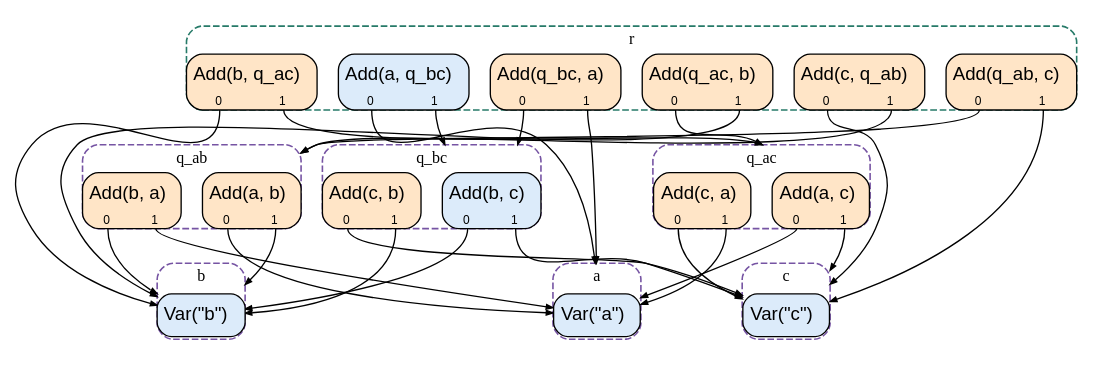
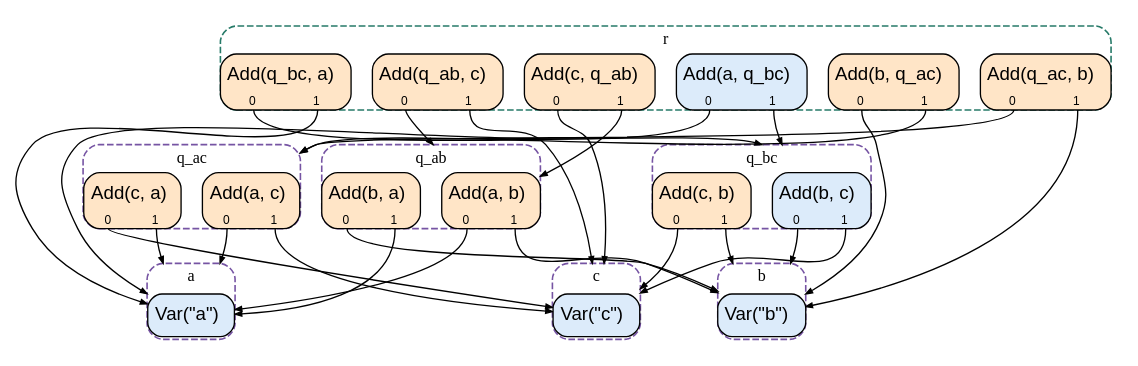
The diagram in docs/papers/figures/native/saturated.dot (MilkBlock/fractal_egraph), drawn with Graphviz before and after one commit. The commit also changed other lines of this file and 38 other files, not shown here.

Commit message:
docs(paper): add native recursive array graphs

```diff
--- a/docs/papers/figures/native/saturated.dot
+++ b/docs/papers/figures/native/saturated.dot
@@ -1,117 +1,117 @@
 digraph  {
   compound=true
   rank=same
   fontname="Times-Roman"
   fontsize=12
   margin=0.10
   nodesep=0.22
   ranksep=0.65
   bgcolor="white"
   edge[arrowsize=0.5]
   node[shape=none,margin=0,fontname=helvetica]
   outputorder=edgesfirst
   graph[style="dashed,rounded",fontname="Times-Roman"]
+  "function-2-Add":0:s -> "function-0-Var" [lhead="cluster_Math-0"]
+  "function-2-Add":1:s -> "function-1-Var" [lhead="cluster_Math-1"]
+  "function-6-Add":0:s -> "function-1-Var" [lhead="cluster_Math-1"]
+  "function-6-Add":1:s -> "function-0-Var" [lhead="cluster_Math-0"]
+  subgraph "outer_cluster_Math-5" {
+    subgraph "cluster_Math-5" {
+      label="q_ab"; color="#7654A3"; fillcolor="white"; penwidth=1.2;
+      subgraph  {
+        "function-2-Add"[label=<<TABLE BGCOLOR="#FFE5C7" CELLBORDER="0" CELLSPACING="0" CELLPADDING="0" style="rounded"><tr><td BALIGN="left" CELLPADDING="4" WIDTH="30" HEIGHT="30" colspan="2">Add(a, b)</td></tr><TR><TD PORT="0"><FONT POINT-SIZE="9">0</FONT></TD><TD PORT="1"><FONT POINT-SIZE="9">1</FONT></TD></TR></TABLE>>,tooltip="Math-5: function-2-Add"]
+        "function-6-Add"[label=<<TABLE BGCOLOR="#FFE5C7" CELLBORDER="0" CELLSPACING="0" CELLPADDING="0" style="rounded"><tr><td BALIGN="left" CELLPADDING="4" WIDTH="30" HEIGHT="30" colspan="2">Add(b, a)</td></tr><TR><TD PORT="0"><FONT POINT-SIZE="9">0</FONT></TD><TD PORT="1"><FONT POINT-SIZE="9">1</FONT></TD></TR></TABLE>>,tooltip="Math-5: function-6-Add"]
+      }
+    }
+    style="invis"
+    cluster=true
+  }
   "function-0-Add":0:s -> "function-1-Var" [lhead="cluster_Math-1"]
   "function-0-Add":1:s -> "function-2-Var" [lhead="cluster_Math-2"]
   "function-4-Add":0:s -> "function-2-Var" [lhead="cluster_Math-2"]
   "function-4-Add":1:s -> "function-1-Var" [lhead="cluster_Math-1"]
   subgraph "outer_cluster_Math-3" {
     subgraph "cluster_Math-3" {
       label="q_bc"; color="#7654A3"; fillcolor="white"; penwidth=1.2;
       subgraph  {
         "function-0-Add"[label=<<TABLE BGCOLOR="#DCEBFA" CELLBORDER="0" CELLSPACING="0" CELLPADDING="0" style="rounded"><tr><td BALIGN="left" CELLPADDING="4" WIDTH="30" HEIGHT="30" colspan="2">Add(b, c)</td></tr><TR><TD PORT="0"><FONT POINT-SIZE="9">0</FONT></TD><TD PORT="1"><FONT POINT-SIZE="9">1</FONT></TD></TR></TABLE>>,tooltip="Math-3: function-0-Add"]
         "function-4-Add"[label=<<TABLE BGCOLOR="#FFE5C7" CELLBORDER="0" CELLSPACING="0" CELLPADDING="0" style="rounded"><tr><td BALIGN="left" CELLPADDING="4" WIDTH="30" HEIGHT="30" colspan="2">Add(c, b)</td></tr><TR><TD PORT="0"><FONT POINT-SIZE="9">0</FONT></TD><TD PORT="1"><FONT POINT-SIZE="9">1</FONT></TD></TR></TABLE>>,tooltip="Math-3: function-4-Add"]
+      }
+    }
+    style="invis"
+    cluster=true
+  }
+  subgraph "outer_cluster_Math-0" {
+    subgraph "cluster_Math-0" {
+      label="a"; color="#7654A3"; fillcolor="white"; penwidth=1.2;
+      subgraph  {
+        "function-0-Var"[label=<<TABLE BGCOLOR="#DCEBFA" CELLBORDER="0" CELLSPACING="0" CELLPADDING="0" style="rounded"><tr><td BALIGN="left" CELLPADDING="4" WIDTH="30" HEIGHT="30" colspan="1">Var(&quot;a&quot;)</td></tr></TABLE>>,tooltip="Math-0: function-0-Var"]
+      }
+    }
+    style="invis"
+    cluster=true
+  }
+  subgraph "outer_cluster_Math-2" {
+    subgraph "cluster_Math-2" {
+      label="c"; color="#7654A3"; fillcolor="white"; penwidth=1.2;
+      subgraph  {
+        "function-2-Var"[label=<<TABLE BGCOLOR="#DCEBFA" CELLBORDER="0" CELLSPACING="0" CELLPADDING="0" style="rounded"><tr><td BALIGN="left" CELLPADDING="4" WIDTH="30" HEIGHT="30" colspan="1">Var(&quot;c&quot;)</td></tr></TABLE>>,tooltip="Math-2: function-2-Var"]
+      }
+    }
+    style="invis"
+    cluster=true
+  }
+  "function-8-Add":0:s -> "function-0-Var" [lhead="cluster_Math-0"]
+  "function-8-Add":1:s -> "function-2-Var" [lhead="cluster_Math-2"]
+  "function-10-Add":0:s -> "function-2-Var" [lhead="cluster_Math-2"]
+  "function-10-Add":1:s -> "function-0-Var" [lhead="cluster_Math-0"]
+  subgraph "outer_cluster_Math-6" {
+    subgraph "cluster_Math-6" {
+      label="q_ac"; color="#7654A3"; fillcolor="white"; penwidth=1.2;
+      subgraph  {
+        "function-8-Add"[label=<<TABLE BGCOLOR="#FFE5C7" CELLBORDER="0" CELLSPACING="0" CELLPADDING="0" style="rounded"><tr><td BALIGN="left" CELLPADDING="4" WIDTH="30" HEIGHT="30" colspan="2">Add(a, c)</td></tr><TR><TD PORT="0"><FONT POINT-SIZE="9">0</FONT></TD><TD PORT="1"><FONT POINT-SIZE="9">1</FONT></TD></TR></TABLE>>,tooltip="Math-6: function-8-Add"]
+        "function-10-Add"[label=<<TABLE BGCOLOR="#FFE5C7" CELLBORDER="0" CELLSPACING="0" CELLPADDING="0" style="rounded"><tr><td BALIGN="left" CELLPADDING="4" WIDTH="30" HEIGHT="30" colspan="2">Add(c, a)</td></tr><TR><TD PORT="0"><FONT POINT-SIZE="9">0</FONT></TD><TD PORT="1"><FONT POINT-SIZE="9">1</FONT></TD></TR></TABLE>>,tooltip="Math-6: function-10-Add"]
       }
     }
     style="invis"
     cluster=true
   }
   "function-1-Add":0:s -> "function-0-Var" [lhead="cluster_Math-0"]
   "function-1-Add":1:s -> "function-0-Add" [lhead="cluster_Math-3"]
   "function-3-Add":0:s -> "function-2-Add" [lhead="cluster_Math-5"]
   "function-3-Add":1:s -> "function-2-Var" [lhead="cluster_Math-2"]
   "function-5-Add":0:s -> "function-0-Add" [lhead="cluster_Math-3"]
   "function-5-Add":1:s -> "function-0-Var" [lhead="cluster_Math-0"]
   "function-7-Add":0:s -> "function-2-Var" [lhead="cluster_Math-2"]
   "function-7-Add":1:s -> "function-2-Add" [lhead="cluster_Math-5"]
   "function-9-Add":0:s -> "function-8-Add" [lhead="cluster_Math-6"]
   "function-9-Add":1:s -> "function-1-Var" [lhead="cluster_Math-1"]
   "function-11-Add":0:s -> "function-1-Var" [lhead="cluster_Math-1"]
   "function-11-Add":1:s -> "function-8-Add" [lhead="cluster_Math-6"]
   subgraph "outer_cluster_Math-4" {
     subgraph "cluster_Math-4" {
       label="r"; color="#267A68"; fillcolor="white"; penwidth=1.2;
       subgraph  {
         "function-1-Add"[label=<<TABLE BGCOLOR="#DCEBFA" CELLBORDER="0" CELLSPACING="0" CELLPADDING="0" style="rounded"><tr><td BALIGN="left" CELLPADDING="4" WIDTH="30" HEIGHT="30" colspan="2">Add(a, q_bc)</td></tr><TR><TD PORT="0"><FONT POINT-SIZE="9">0</FONT></TD><TD PORT="1"><FONT POINT-SIZE="9">1</FONT></TD></TR></TABLE>>,tooltip="Math-4: function-1-Add"]
         "function-3-Add"[label=<<TABLE BGCOLOR="#FFE5C7" CELLBORDER="0" CELLSPACING="0" CELLPADDING="0" style="rounded"><tr><td BALIGN="left" CELLPADDING="4" WIDTH="30" HEIGHT="30" colspan="2">Add(q_ab, c)</td></tr><TR><TD PORT="0"><FONT POINT-SIZE="9">0</FONT></TD><TD PORT="1"><FONT POINT-SIZE="9">1</FONT></TD></TR></TABLE>>,tooltip="Math-4: function-3-Add"]
         "function-5-Add"[label=<<TABLE BGCOLOR="#FFE5C7" CELLBORDER="0" CELLSPACING="0" CELLPADDING="0" style="rounded"><tr><td BALIGN="left" CELLPADDING="4" WIDTH="30" HEIGHT="30" colspan="2">Add(q_bc, a)</td></tr><TR><TD PORT="0"><FONT POINT-SIZE="9">0</FONT></TD><TD PORT="1"><FONT POINT-SIZE="9">1</FONT></TD></TR></TABLE>>,tooltip="Math-4: function-5-Add"]
         "function-7-Add"[label=<<TABLE BGCOLOR="#FFE5C7" CELLBORDER="0" CELLSPACING="0" CELLPADDING="0" style="rounded"><tr><td BALIGN="left" CELLPADDING="4" WIDTH="30" HEIGHT="30" colspan="2">Add(c, q_ab)</td></tr><TR><TD PORT="0"><FONT POINT-SIZE="9">0</FONT></TD><TD PORT="1"><FONT POINT-SIZE="9">1</FONT></TD></TR></TABLE>>,tooltip="Math-4: function-7-Add"]
         "function-9-Add"[label=<<TABLE BGCOLOR="#FFE5C7" CELLBORDER="0" CELLSPACING="0" CELLPADDING="0" style="rounded"><tr><td BALIGN="left" CELLPADDING="4" WIDTH="30" HEIGHT="30" colspan="2">Add(q_ac, b)</td></tr><TR><TD PORT="0"><FONT POINT-SIZE="9">0</FONT></TD><TD PORT="1"><FONT POINT-SIZE="9">1</FONT></TD></TR></TABLE>>,tooltip="Math-4: function-9-Add"]
         "function-11-Add"[label=<<TABLE BGCOLOR="#FFE5C7" CELLBORDER="0" CELLSPACING="0" CELLPADDING="0" style="rounded"><tr><td BALIGN="left" CELLPADDING="4" WIDTH="30" HEIGHT="30" colspan="2">Add(b, q_ac)</td></tr><TR><TD PORT="0"><FONT POINT-SIZE="9">0</FONT></TD><TD PORT="1"><FONT POINT-SIZE="9">1</FONT></TD></TR></TABLE>>,tooltip="Math-4: function-11-Add"]
       }
     }
     style="invis"
     cluster=true
   }
-  "function-2-Add":0:s -> "function-0-Var" [lhead="cluster_Math-0"]
-  "function-2-Add":1:s -> "function-1-Var" [lhead="cluster_Math-1"]
-  "function-6-Add":0:s -> "function-1-Var" [lhead="cluster_Math-1"]
-  "function-6-Add":1:s -> "function-0-Var" [lhead="cluster_Math-0"]
-  subgraph "outer_cluster_Math-5" {
-    subgraph "cluster_Math-5" {
-      label="q_ab"; color="#7654A3"; fillcolor="white"; penwidth=1.2;
-      subgraph  {
-        "function-2-Add"[label=<<TABLE BGCOLOR="#FFE5C7" CELLBORDER="0" CELLSPACING="0" CELLPADDING="0" style="rounded"><tr><td BALIGN="left" CELLPADDING="4" WIDTH="30" HEIGHT="30" colspan="2">Add(a, b)</td></tr><TR><TD PORT="0"><FONT POINT-SIZE="9">0</FONT></TD><TD PORT="1"><FONT POINT-SIZE="9">1</FONT></TD></TR></TABLE>>,tooltip="Math-5: function-2-Add"]
-        "function-6-Add"[label=<<TABLE BGCOLOR="#FFE5C7" CELLBORDER="0" CELLSPACING="0" CELLPADDING="0" style="rounded"><tr><td BALIGN="left" CELLPADDING="4" WIDTH="30" HEIGHT="30" colspan="2">Add(b, a)</td></tr><TR><TD PORT="0"><FONT POINT-SIZE="9">0</FONT></TD><TD PORT="1"><FONT POINT-SIZE="9">1</FONT></TD></TR></TABLE>>,tooltip="Math-5: function-6-Add"]
-      }
-    }
-    style="invis"
-    cluster=true
-  }
-  "function-8-Add":0:s -> "function-0-Var" [lhead="cluster_Math-0"]
-  "function-8-Add":1:s -> "function-2-Var" [lhead="cluster_Math-2"]
-  "function-10-Add":0:s -> "function-2-Var" [lhead="cluster_Math-2"]
-  "function-10-Add":1:s -> "function-0-Var" [lhead="cluster_Math-0"]
-  subgraph "outer_cluster_Math-6" {
-    subgraph "cluster_Math-6" {
-      label="q_ac"; color="#7654A3"; fillcolor="white"; penwidth=1.2;
-      subgraph  {
-        "function-8-Add"[label=<<TABLE BGCOLOR="#FFE5C7" CELLBORDER="0" CELLSPACING="0" CELLPADDING="0" style="rounded"><tr><td BALIGN="left" CELLPADDING="4" WIDTH="30" HEIGHT="30" colspan="2">Add(a, c)</td></tr><TR><TD PORT="0"><FONT POINT-SIZE="9">0</FONT></TD><TD PORT="1"><FONT POINT-SIZE="9">1</FONT></TD></TR></TABLE>>,tooltip="Math-6: function-8-Add"]
-        "function-10-Add"[label=<<TABLE BGCOLOR="#FFE5C7" CELLBORDER="0" CELLSPACING="0" CELLPADDING="0" style="rounded"><tr><td BALIGN="left" CELLPADDING="4" WIDTH="30" HEIGHT="30" colspan="2">Add(c, a)</td></tr><TR><TD PORT="0"><FONT POINT-SIZE="9">0</FONT></TD><TD PORT="1"><FONT POINT-SIZE="9">1</FONT></TD></TR></TABLE>>,tooltip="Math-6: function-10-Add"]
-      }
-    }
-    style="invis"
-    cluster=true
-  }
   subgraph "outer_cluster_Math-1" {
     subgraph "cluster_Math-1" {
       label="b"; color="#7654A3"; fillcolor="white"; penwidth=1.2;
       subgraph  {
         "function-1-Var"[label=<<TABLE BGCOLOR="#DCEBFA" CELLBORDER="0" CELLSPACING="0" CELLPADDING="0" style="rounded"><tr><td BALIGN="left" CELLPADDING="4" WIDTH="30" HEIGHT="30" colspan="1">Var(&quot;b&quot;)</td></tr></TABLE>>,tooltip="Math-1: function-1-Var"]
       }
     }
     style="invis"
     cluster=true
   }
-  subgraph "outer_cluster_Math-0" {
-    subgraph "cluster_Math-0" {
-      label="a"; color="#7654A3"; fillcolor="white"; penwidth=1.2;
-      subgraph  {
-        "function-0-Var"[label=<<TABLE BGCOLOR="#DCEBFA" CELLBORDER="0" CELLSPACING="0" CELLPADDING="0" style="rounded"><tr><td BALIGN="left" CELLPADDING="4" WIDTH="30" HEIGHT="30" colspan="1">Var(&quot;a&quot;)</td></tr></TABLE>>,tooltip="Math-0: function-0-Var"]
-      }
-    }
-    style="invis"
-    cluster=true
-  }
-  subgraph "outer_cluster_Math-2" {
-    subgraph "cluster_Math-2" {
-      label="c"; color="#7654A3"; fillcolor="white"; penwidth=1.2;
-      subgraph  {
-        "function-2-Var"[label=<<TABLE BGCOLOR="#DCEBFA" CELLBORDER="0" CELLSPACING="0" CELLPADDING="0" style="rounded"><tr><td BALIGN="left" CELLPADDING="4" WIDTH="30" HEIGHT="30" colspan="1">Var(&quot;c&quot;)</td></tr></TABLE>>,tooltip="Math-2: function-2-Var"]
-      }
-    }
-    style="invis"
-    cluster=true
-  }
   margin=0
 }
```
